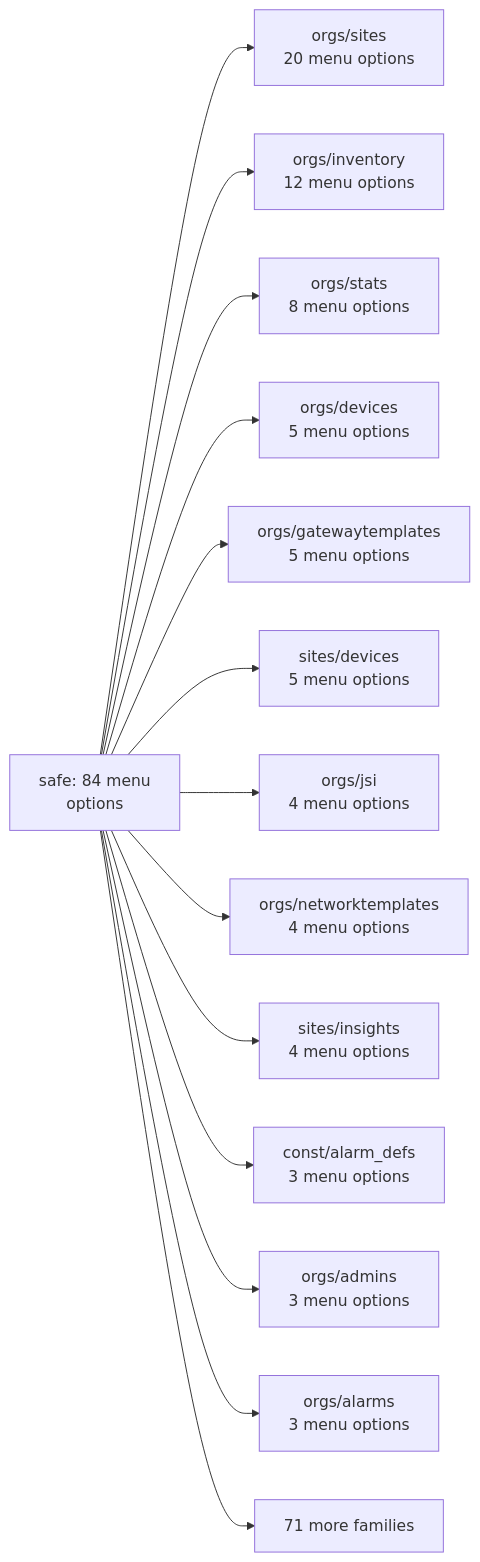
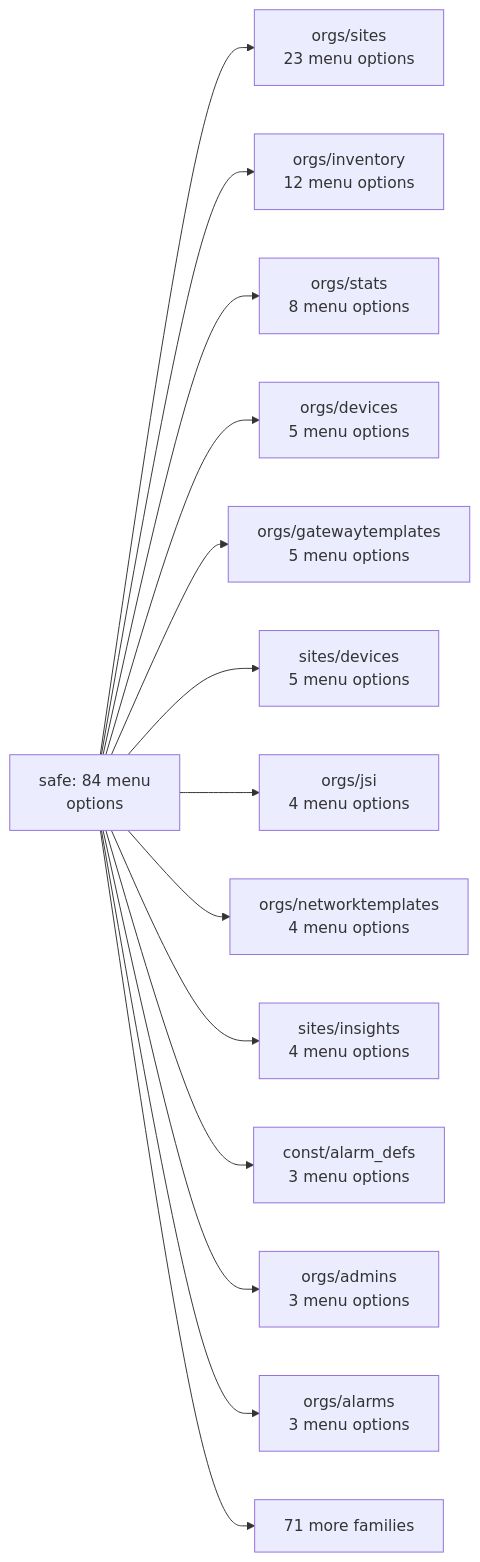
The first of 21 diagrams in documentation/menu-api/safe.md (jmorrison-juniper/MistHelper), drawn with Mermaid before and after one commit. The commit also changed other lines of this file and 6 other files, not shown here.

````diff
--- a/documentation/menu-api/safe.md
+++ b/documentation/menu-api/safe.md
@@ -17,17 +17,17 @@
 ```mermaid
 flowchart LR
     root["safe: 84 menu<br/>options"]
-    root --> f_orgs_sites["orgs/sites<br/>20 menu options"]
+    root --> f_orgs_sites["orgs/sites<br/>23 menu options"]
     root --> f_orgs_inventory["orgs/inventory<br/>12 menu options"]
     root --> f_orgs_stats["orgs/stats<br/>8 menu options"]
     root --> f_orgs_devices["orgs/devices<br/>5 menu options"]
     root --> f_orgs_gatewaytemplates["orgs/gatewaytemplates<br/>5 menu options"]
     root --> f_sites_devices["sites/devices<br/>5 menu options"]
     root --> f_orgs_jsi["orgs/jsi<br/>4 menu options"]
     root --> f_orgs_networktemplates["orgs/networktemplates<br/>4 menu options"]
     root --> f_sites_insights["sites/insights<br/>4 menu options"]
     root --> f_const_alarm_defs["const/alarm_defs<br/>3 menu options"]
     root --> f_orgs_admins["orgs/admins<br/>3 menu options"]
     root --> f_orgs_alarms["orgs/alarms<br/>3 menu options"]
     root --> more["71 more families"]
 ```
````
